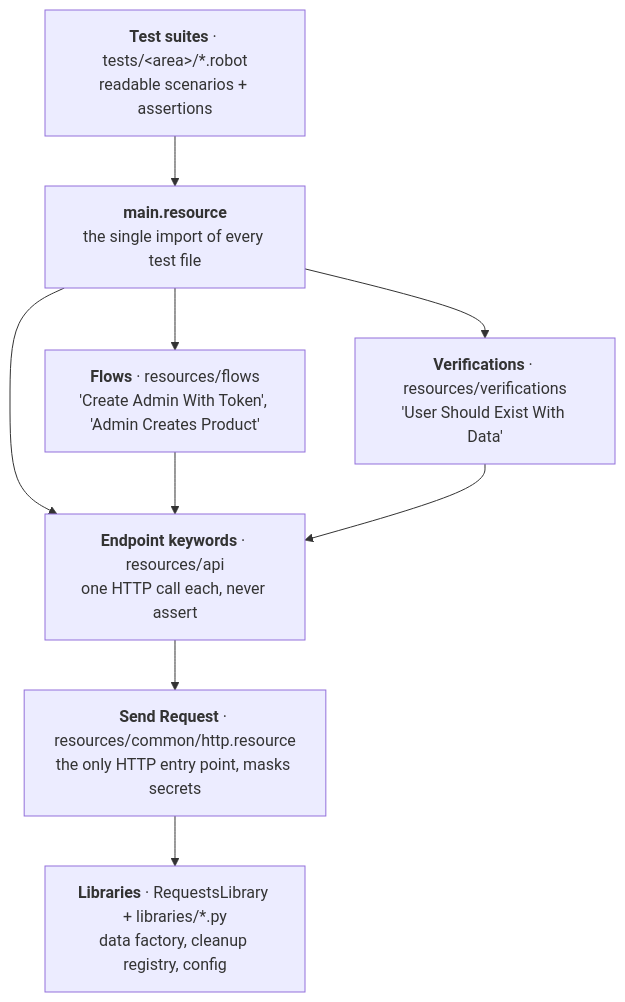
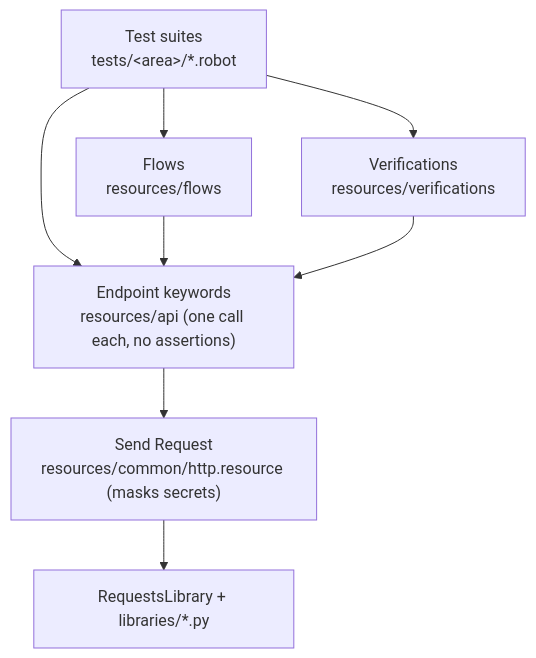
Before and after one commit to dmacedo-qa/serverest-robot-automation: the diagram in README.md, drawn with Mermaid. The commit also changed other lines of this file and 4 other files, not shown here.

````diff
--- a/README.md
+++ b/README.md
@@ -177,14 +117,13 @@
 ```mermaid
 flowchart TD
-    T["<b>Test suites</b> · tests/&lt;area&gt;/*.robot<br/>readable scenarios + assertions"]
-    M["<b>main.resource</b><br/>the single import of every test file"]
-    F["<b>Flows</b> · resources/flows<br/>'Create Admin With Token', 'Admin Creates Product'"]
-    V["<b>Verifications</b> · resources/verifications<br/>'User Should Exist With Data'"]
-    A["<b>Endpoint keywords</b> · resources/api<br/>one HTTP call each, never assert"]
-    H["<b>Send Request</b> · resources/common/http.resource<br/>the only HTTP entry point, masks secrets"]
-    L["<b>Libraries</b> · RequestsLibrary + libraries/*.py<br/>data factory, cleanup registry, config"]
-    T --> M --> F & V & A
+    T["Test suites<br/>tests/&lt;area&gt;/*.robot"]
+    F["Flows<br/>resources/flows"]
+    V["Verifications<br/>resources/verifications"]
+    A["Endpoint keywords<br/>resources/api (one call each, no assertions)"]
+    H["Send Request<br/>resources/common/http.resource (masks secrets)"]
+    L["RequestsLibrary + libraries/*.py"]
+    T --> F & V & A
     F --> A
     V --> A
     A --> H --> L
 ```
````
